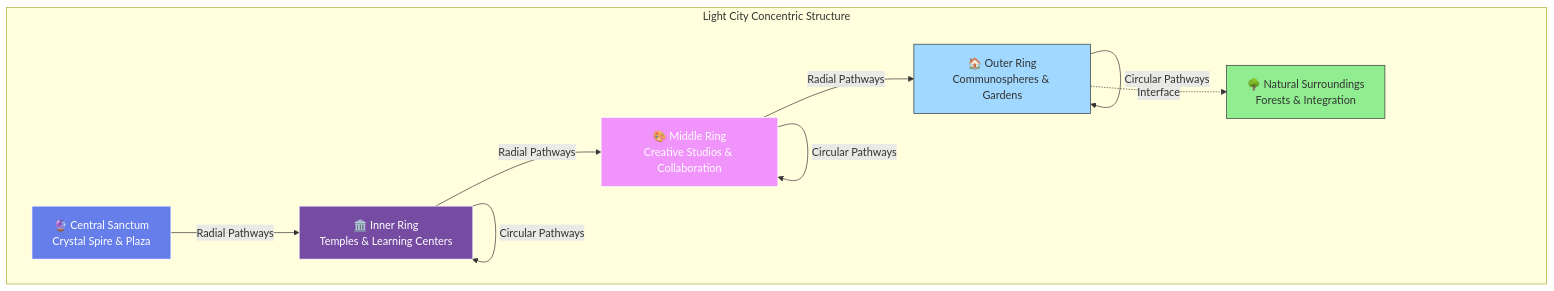
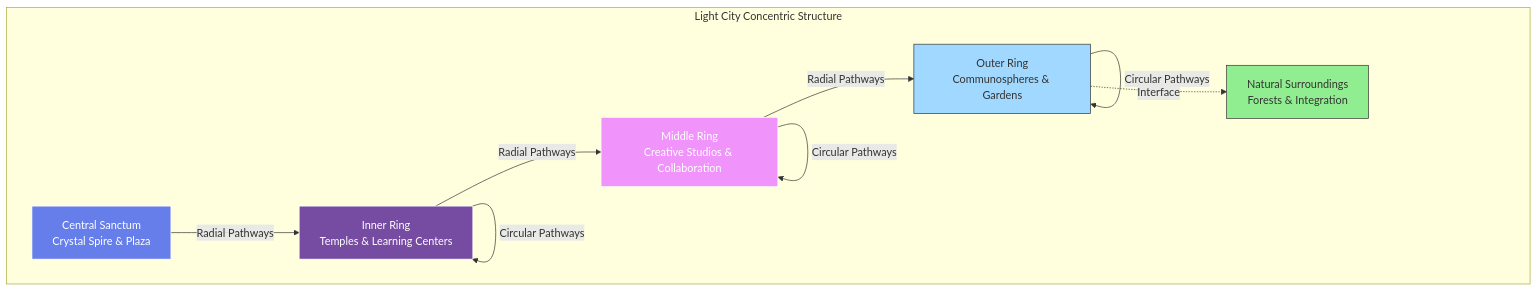
Before and after one commit to szemkoff/light-city-project: the diagram in website/docs/design/architecture.md, drawn with Mermaid. The commit also changed other lines of this file and 16 other files, not shown here.

````diff
--- a/website/docs/design/architecture.md
+++ b/website/docs/design/architecture.md
@@ -128,24 +128,24 @@
 ```mermaid
 graph TB
     subgraph "Light City Concentric Structure"
-        CS["🔮 Central Sanctum<br/>Crystal Spire & Plaza"]
-        IR["🏛️ Inner Ring<br/>Temples & Learning Centers"]
-        MR["🎨 Middle Ring<br/>Creative Studios & Collaboration"]
-        OR["🏠 Outer Ring<br/>Communospheres & Gardens"]
-        NS["🌳 Natural Surroundings<br/>Forests & Integration"]
+        CS["Central Sanctum<br/>Crystal Spire & Plaza"]
+        IR["Inner Ring<br/>Temples & Learning Centers"]
+        MR["Middle Ring<br/>Creative Studios & Collaboration"]
+        OR["Outer Ring<br/>Communospheres & Gardens"]
+        NS["Natural Surroundings<br/>Forests & Integration"]
         
         CS -->|Radial Pathways| IR
         IR -->|Radial Pathways| MR
         MR -->|Radial Pathways| OR
         OR -->|Circular Pathways| OR
         IR -->|Circular Pathways| IR
         MR -->|Circular Pathways| MR
         OR -.->|Interface| NS
     end
     
     style CS fill:#667eea,stroke:#fff,color:#fff
     style IR fill:#764ba2,stroke:#fff,color:#fff
     style MR fill:#f093fb,stroke:#fff,color:#fff
     style OR fill:#a0d8ff,stroke:#333
     style NS fill:#90EE90,stroke:#333
 ```
````
